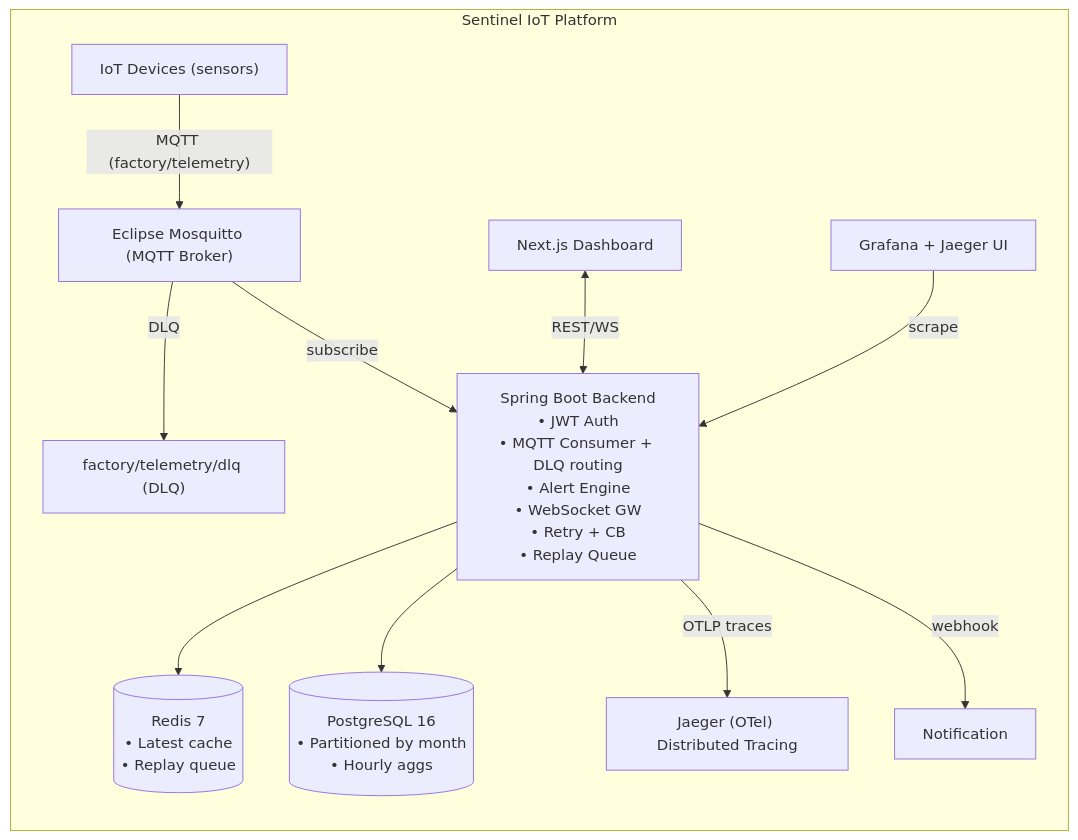
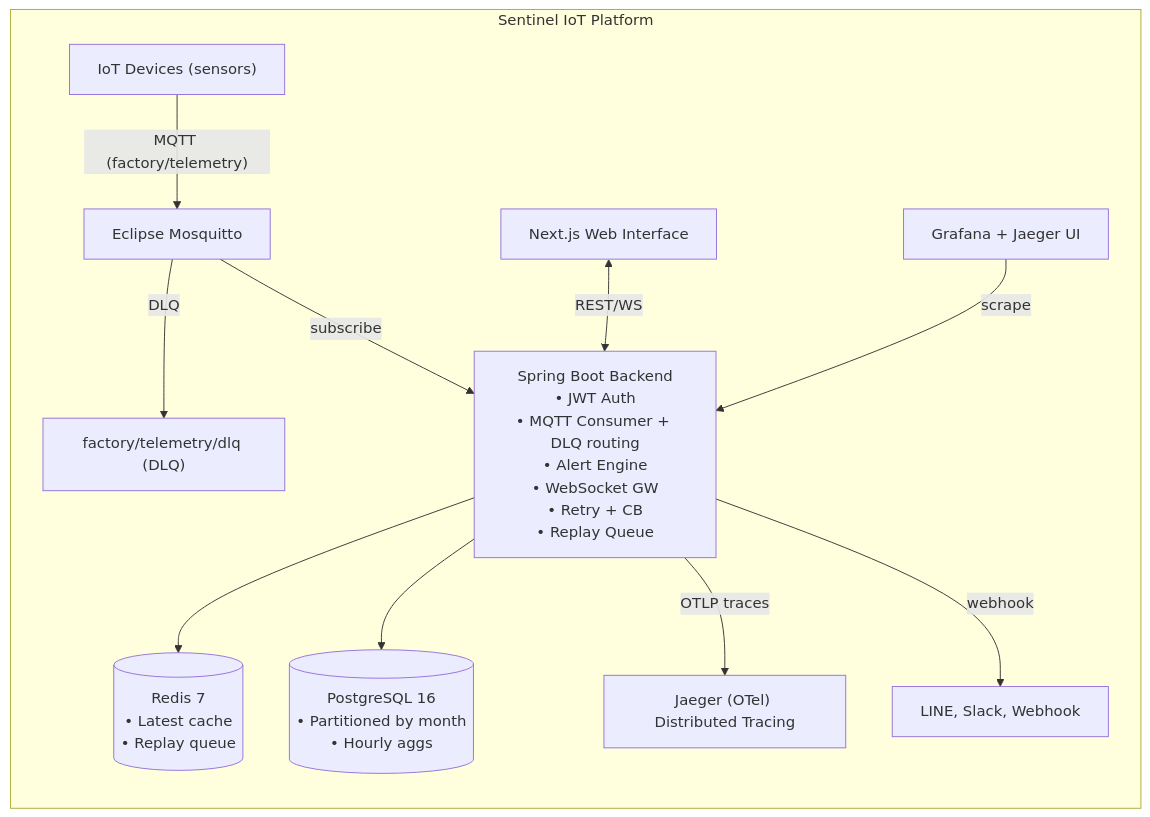
Before and after one commit to thitipongroo/sentinel-iot-platform: the second of 4 diagrams in README.md, drawn with Mermaid. The commit also changed other lines of this file, not shown here.

````diff
--- a/README.md
+++ b/README.md
@@ -64,32 +64,32 @@
 ```mermaid
 flowchart TB
     subgraph "Sentinel IoT Platform"
         direction TB
         
         Devices["IoT Devices (sensors)"]
-        Broker["Eclipse Mosquitto (MQTT Broker)"]
+        Broker["Eclipse Mosquitto"]
         DLQ["factory/telemetry/dlq (DLQ)"]
         
         SpringBoot["Spring Boot Backend<br/>• JWT Auth<br/>• MQTT Consumer + DLQ routing<br/>• Alert Engine<br/>• WebSocket GW<br/>• Retry + CB<br/>• Replay Queue"]
         
         Redis[("Redis 7<br/>• Latest cache<br/>• Replay queue")]
         PostgreSQL[("PostgreSQL 16<br/>• Partitioned by month<br/>• Hourly aggs")]
         
-        UI["Next.js Dashboard"]
+        UI["Next.js Web Interface"]
         GrafanaUI["Grafana + Jaeger UI"]
-        Notify["Notification"]
+        Notify["LINE, Slack, Webhook"]
         Jaeger["Jaeger (OTel) Distributed Tracing"]
 
         Devices -- "MQTT (factory/telemetry)" --> Broker
         Broker -- "DLQ" --> DLQ
         Broker -- "subscribe" --> SpringBoot
         
         SpringBoot --> Redis
         SpringBoot --> PostgreSQL
         
         UI <--"REST/WS"--> SpringBoot
         GrafanaUI --"scrape"--> SpringBoot
         SpringBoot --"OTLP traces"--> Jaeger
         SpringBoot --"webhook"--> Notify
     end
 ```
````
